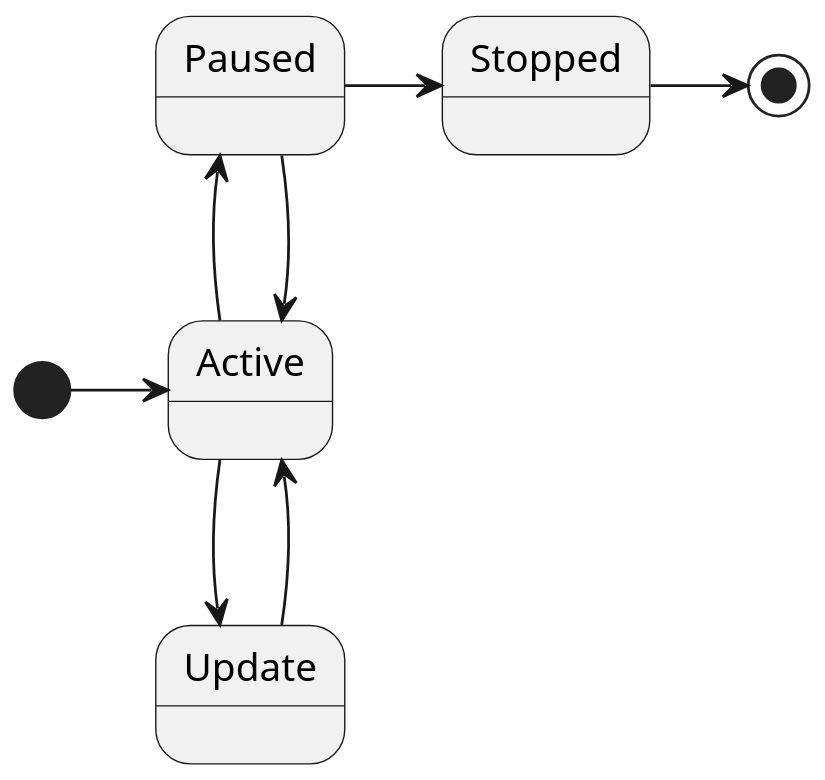
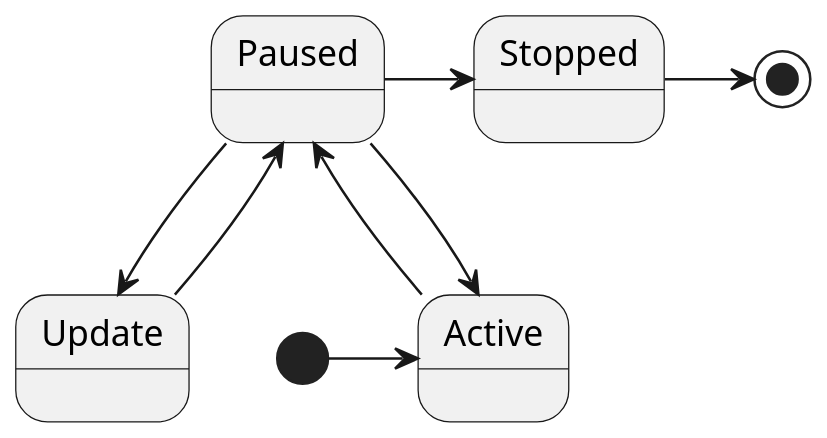
Before and after one commit to DarkDarkZen/carfix: the diagram in uml/proxy.puml, drawn with PlantUML.

Commit message:
Update CarFxiProxy contract state machine

```diff
--- a/uml/proxy.puml
+++ b/uml/proxy.puml
@@ -1,18 +1,17 @@
 @startuml
 scale 550 width
 
 [*] -> Active
 
 Active -up-> Paused
 Paused -down-> Active
 
-Active -down-> Update
-Update -up-> Active
+Paused -> Stopped
+Paused -down-> Update
 
-
-Paused -> Stopped
+Update -up-> Paused
 
 Stopped -> [*]
 
 
 @enduml
```
